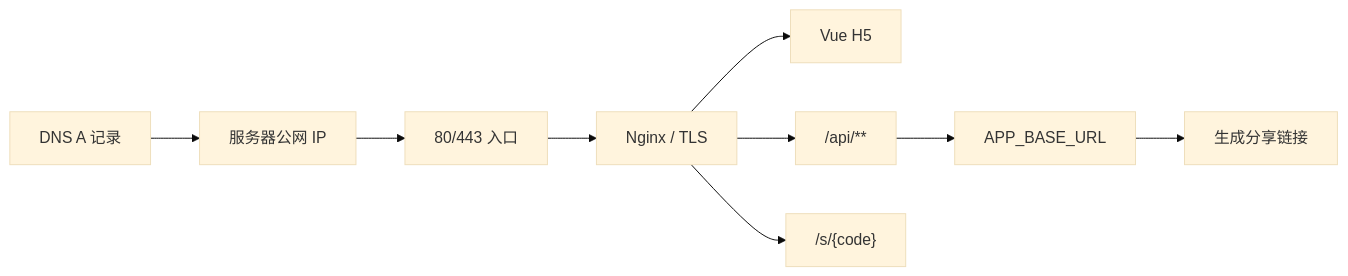
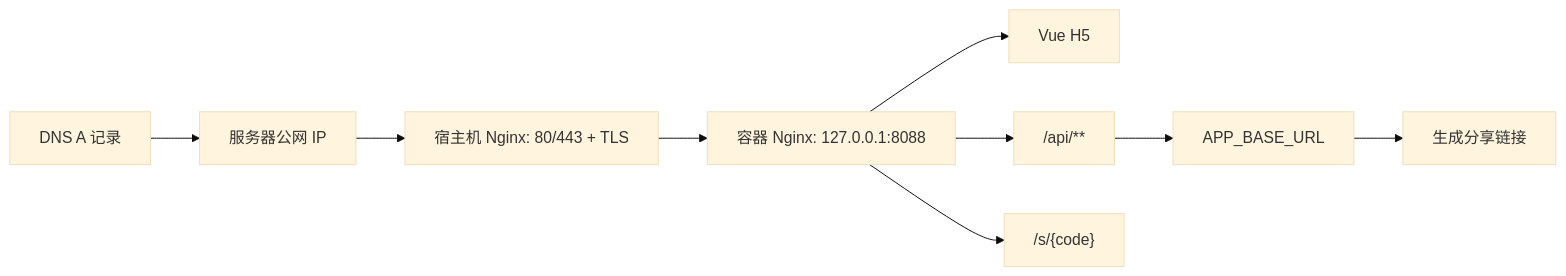
One commit to Oliver1205/wuxing-persona-card changed the sixth of 11 diagrams in docs/interview-learning-manual.md. Above: the diagram before and after it, drawn with Mermaid (base theme). The commit also changed other lines of this file and 7 other files, not shown here.

````diff
--- a/docs/interview-learning-manual.md
+++ b/docs/interview-learning-manual.md
@@ -220,11 +220,11 @@
 ```mermaid
 flowchart LR
   DNS["DNS A 记录"] --> IP["服务器公网 IP"]
-  IP --> Edge["80/443 入口"]
-  Edge --> Nginx["Nginx / TLS"]
-  Nginx --> H5["Vue H5"]
-  Nginx --> API["/api/**"]
-  Nginx --> Short["/s/{code}"]
+  IP --> HostNginx["宿主机 Nginx: 80/443 + TLS"]
+  HostNginx --> ContainerNginx["容器 Nginx: 127.0.0.1:8088"]
+  ContainerNginx --> H5["Vue H5"]
+  ContainerNginx --> API["/api/**"]
+  ContainerNginx --> Short["/s/{code}"]
   API --> BaseUrl["APP_BASE_URL"]
   BaseUrl --> Share["生成分享链接"]
 ```
````
